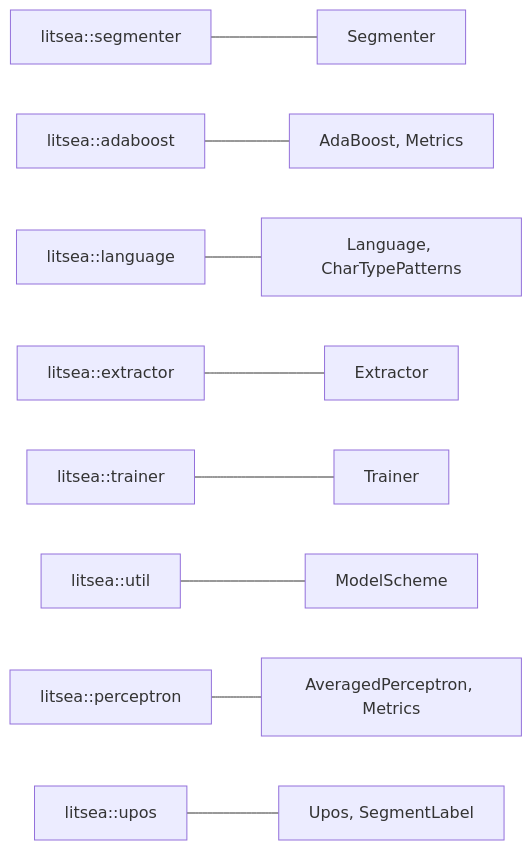
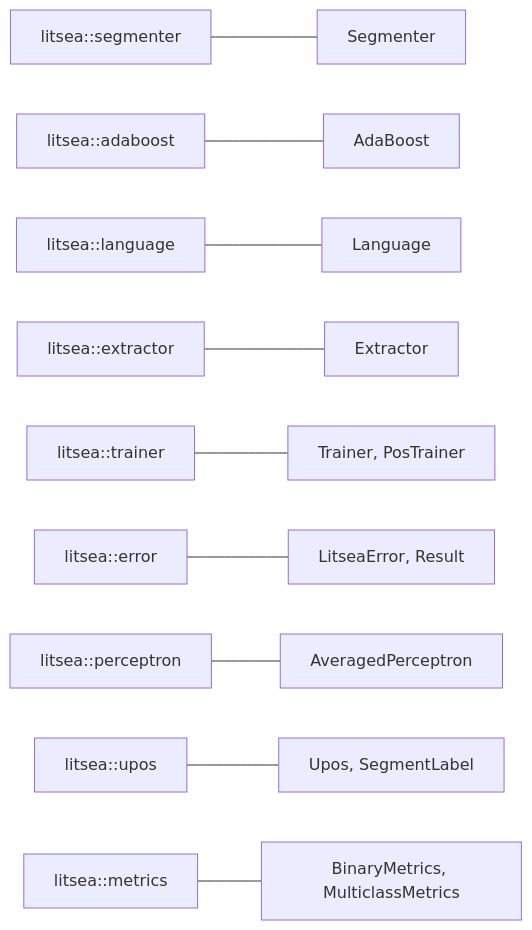
The diagram in docs/ja/src/litsea.md (mosuka/litsea), drawn with Mermaid before and after one commit. The commit also changed other lines of this file and 39 other files, not shown here.

````diff
--- a/docs/ja/src/litsea.md
+++ b/docs/ja/src/litsea.md
@@ -15,11 +16,12 @@
 ```mermaid
 graph LR
     A["litsea::segmenter"] --- B["Segmenter"]
-    C["litsea::adaboost"] --- D["AdaBoost, Metrics"]
-    E["litsea::language"] --- F["Language, CharTypePatterns"]
+    C["litsea::adaboost"] --- D["AdaBoost"]
+    E["litsea::language"] --- F["Language"]
     G["litsea::extractor"] --- H["Extractor"]
-    I["litsea::trainer"] --- J["Trainer"]
-    K["litsea::util"] --- L["ModelScheme"]
-    M["litsea::perceptron"] --- N["AveragedPerceptron, Metrics"]
+    I["litsea::trainer"] --- J["Trainer, PosTrainer"]
+    K["litsea::error"] --- L["LitseaError, Result"]
+    M["litsea::perceptron"] --- N["AveragedPerceptron"]
     O["litsea::upos"] --- P["Upos, SegmentLabel"]
+    Q["litsea::metrics"] --- R["BinaryMetrics, MulticlassMetrics"]
 ```
````
